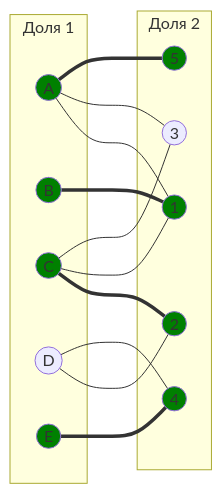
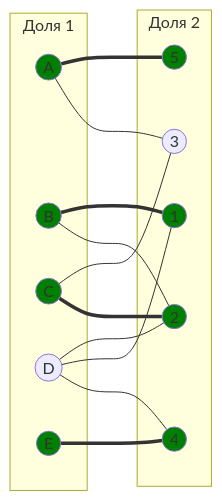
One commit to algos-ris-24-4/manual-tasks changed diagram 11 of 15 in Задание 8/programturtles.md. Above: the diagram before and after it, drawn with Mermaid. The commit also changed other lines of this file, not shown here.

````diff
--- a/Задание 8/programturtles.md
+++ b/Задание 8/programturtles.md
@@ -469,36 +495,36 @@
 ```mermaid
 graph LR
     subgraph "Доля 1"
         A((A))
         B((B))
         C((C))
         D((D))
         E((E))
     end
     subgraph "Доля 2"
         1((1))
         2((2))
         3((3))
         4((4))
         5((5))
     end
-    A --- 1
     A --- 3
     A === 5
+    B --- 2
     C === 2
-    D --- 2
+    D --- 4
     E === 4
     B === 1
-    C --- 1
-    D --- 4
+    D --- 1
+    D --- 2
     C --- 3
 
     style A fill:#008000
     style B fill:#008000
     style E fill:#008000
     style 1 fill:#008000
     style 2 fill:#008000
     style 4 fill:#008000
     style C fill:#008000
     style 5 fill:#008000
 ```
````
